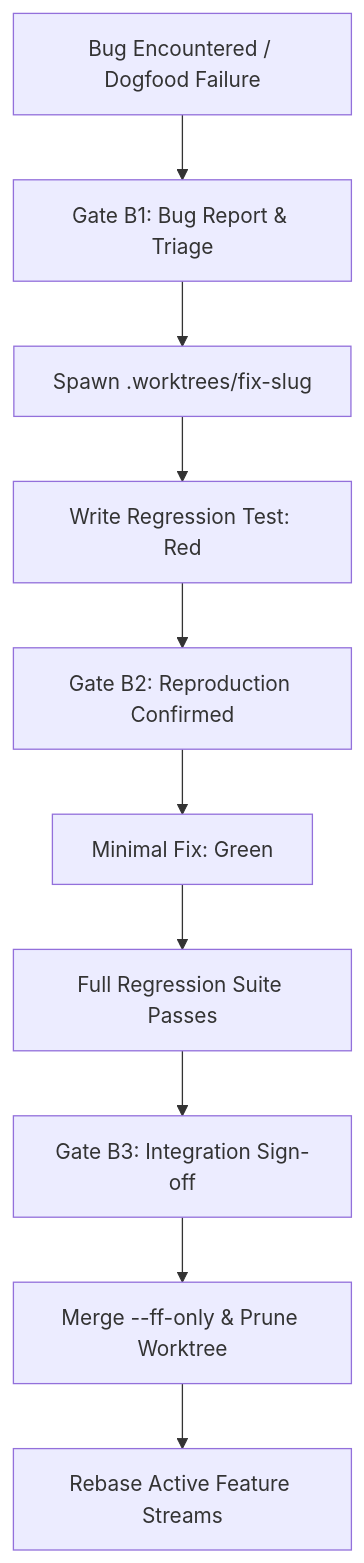
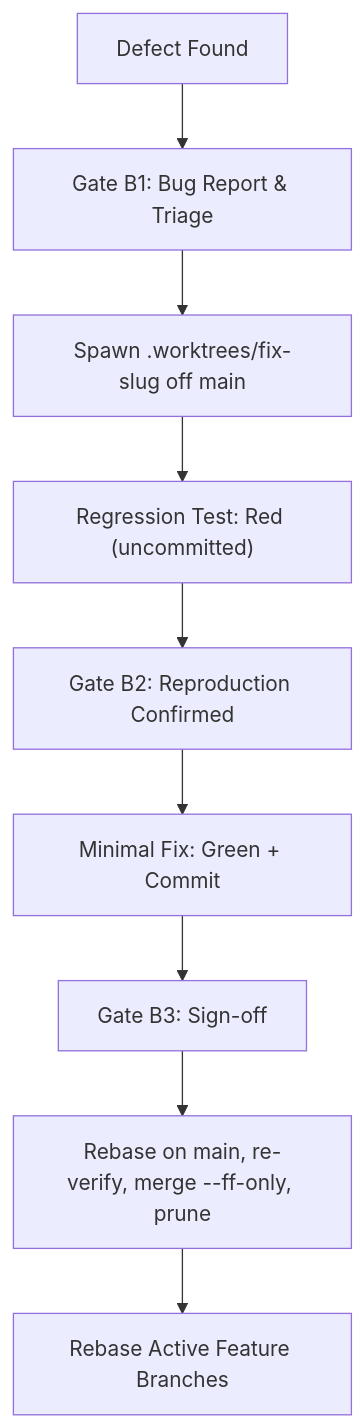
The second of 2 diagrams in specs/WORKFLOW.md (mgabs/SDTRD), drawn with Mermaid before and after one commit. The commit also changed other lines of this file and 12 other files, not shown here.

````diff
--- a/specs/WORKFLOW.md
+++ b/specs/WORKFLOW.md
@@ -217,12 +183,11 @@
 ```mermaid
 flowchart TD
-    BR[Bug Encountered / Dogfood Failure] --> GB1[Gate B1: Bug Report & Triage]
-    GB1 --> WT[Spawn .worktrees/fix-slug]
-    WT --> T_Red[Write Regression Test: Red]
+    BR[Defect Found] --> GB1[Gate B1: Bug Report & Triage]
+    GB1 --> WT[Spawn .worktrees/fix-slug off main]
+    WT --> T_Red["Regression Test: Red (uncommitted)"]
     T_Red --> GB2[Gate B2: Reproduction Confirmed]
-    GB2 --> C_Green[Minimal Fix: Green]
-    C_Green --> V_Suite[Full Regression Suite Passes]
-    V_Suite --> GB3[Gate B3: Integration Sign-off]
-    GB3 --> Merge[Merge --ff-only & Prune Worktree]
-    Merge --> Rebase[Rebase Active Feature Streams]
+    GB2 --> C_Green[Minimal Fix: Green + Commit]
+    C_Green --> GB3[Gate B3: Sign-off]
+    GB3 --> Merge["Rebase on main, re-verify, merge --ff-only, prune"]
+    Merge --> Rebase[Rebase Active Feature Branches]
 ```
````
